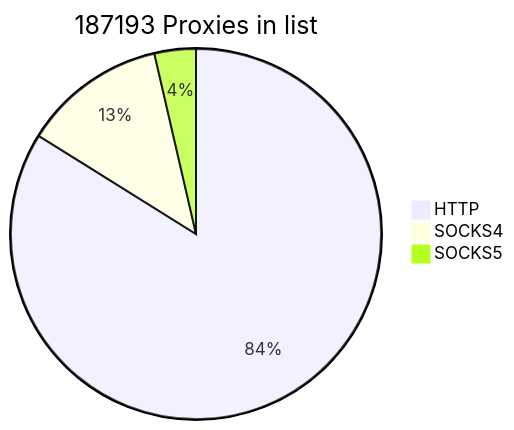
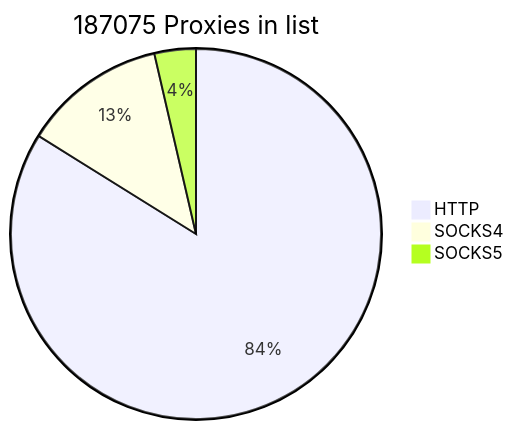
One commit to cutipu/proxylist changed the first of 2 diagrams in README.md. Above: the diagram before and after it, drawn with Mermaid. The commit also changed other lines of this file, not shown here.

````diff
--- a/README.md
+++ b/README.md
@@ -2,7 +2,7 @@
 ```mermaid
-pie title 187193 Proxies in list
-    "HTTP" : 157014
+pie title 187075 Proxies in list
+    "HTTP" : 156896
     "SOCKS4" : 23415
     "SOCKS5" : 6764
             
 ```
````
